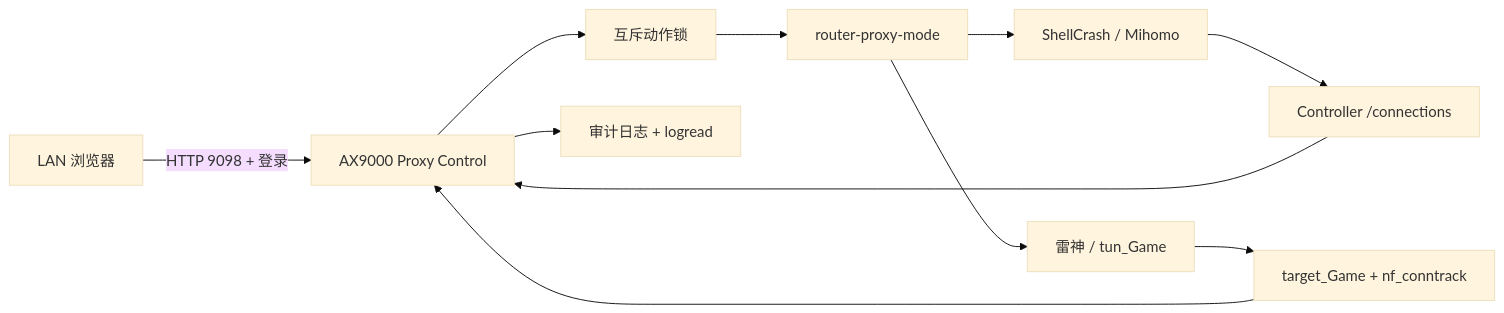
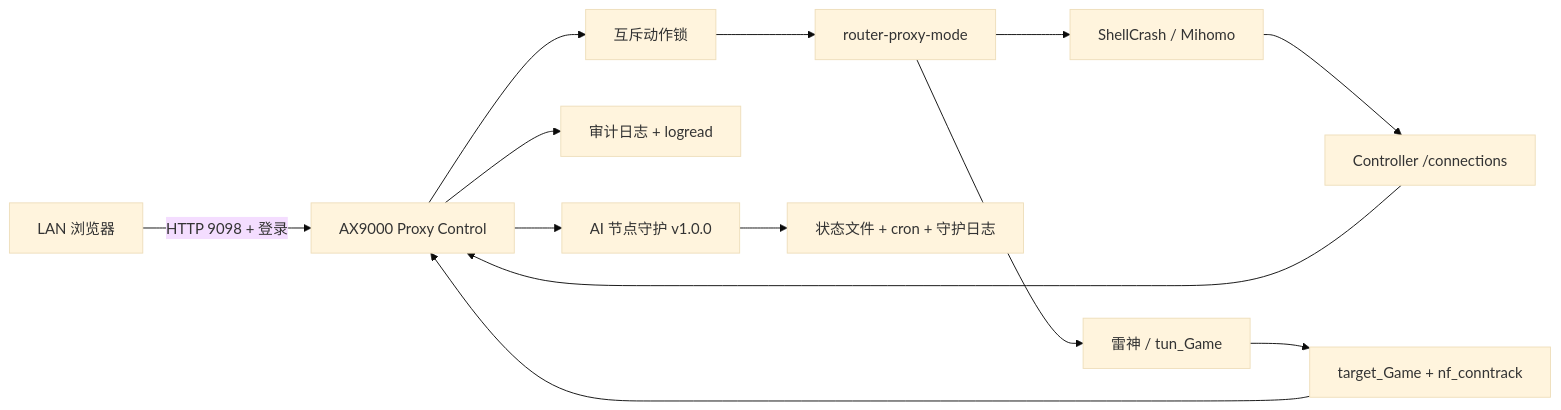
The diagram in README.md (codenomad-collab/ax9000-proxy-control), drawn with Mermaid (base theme) before and after one commit. The commit also changed other lines of this file and 11 other files, not shown here.

````diff
--- a/README.md
+++ b/README.md
@@ -37,13 +39,15 @@
 ```mermaid
 flowchart LR
     Browser["LAN 浏览器"] -->|"HTTP 9098 + 登录"| Control["AX9000 Proxy Control"]
     Control --> Lock["互斥动作锁"]
     Lock --> Mode["router-proxy-mode"]
     Mode --> Shell["ShellCrash / Mihomo"]
     Mode --> LeiGod["雷神 / tun_Game"]
     Shell --> MihomoAPI["Controller /connections"]
     LeiGod --> Kernel["target_Game + nf_conntrack"]
     MihomoAPI --> Control
     Kernel --> Control
     Control --> Logs["审计日志 + logread"]
+    Control --> Guard["AI 节点守护 v1.0.0"]
+    Guard --> GuardState["状态文件 + cron + 守护日志"]
 ```
````
